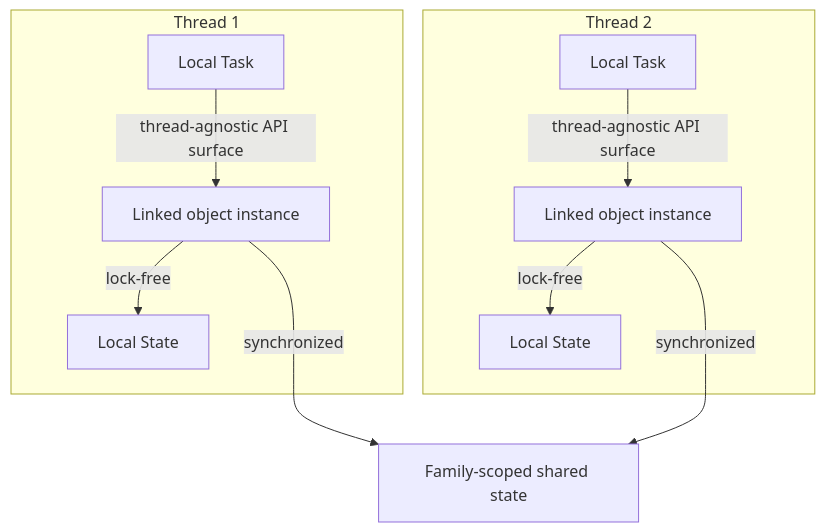
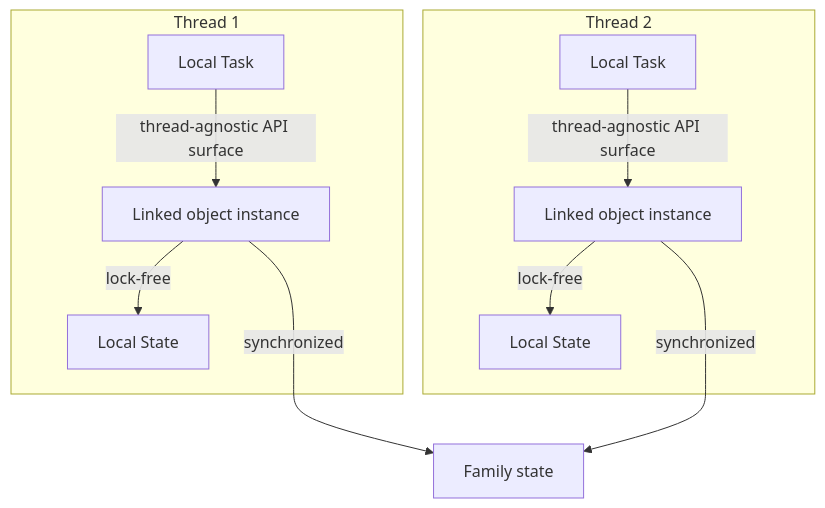
The diagram in crates/linked/doc/linked.mermaid (folo-rs/folo), drawn with Mermaid before and after one commit.

```diff
--- a/crates/linked/doc/linked.mermaid
+++ b/crates/linked/doc/linked.mermaid
@@ -1,17 +1,17 @@
 graph TD
     direction LR
     
     subgraph Thread1[Thread 1]
         Task1[Local Task] -->|thread-agnostic API surface| Instance1[Linked object instance]
         Instance1 -->|lock-free| Local1[Local State]
     end
     
     subgraph Thread2[Thread 2]
         Task2[Local Task] -->|thread-agnostic API surface| Instance2[Linked object instance]
         Instance2 -->|lock-free| Local2[Local State]
     end
     
-    SS[Family-scoped shared state]
+    SS[Family state]
 
     Instance1 --->|synchronized| SS
     Instance2 --->|synchronized| SS
```
